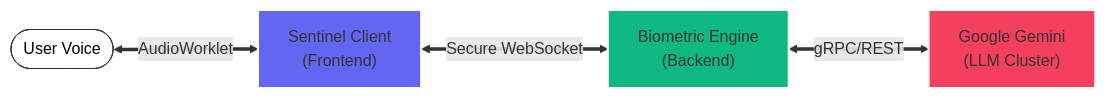
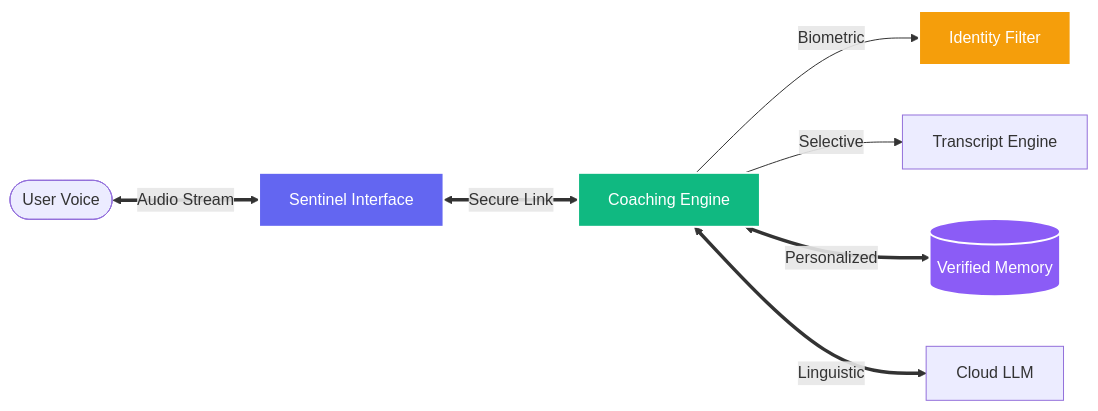
One commit to ibesuperv/VoxSentinel changed the diagram in README.md. Above: the diagram before and after it, drawn with Mermaid. The commit also changed other lines of this file and 1 other file, not shown here.

````diff
--- a/README.md
+++ b/README.md
@@ -62,11 +80,14 @@
 ```mermaid
 graph LR
-    User([User Voice]) <==>|AudioWorklet| UI["Sentinel Client<br>(Frontend)"]
-    UI <==>|Secure WebSocket| API["Biometric Engine<br>(Backend)"]
-    API <==>|gRPC/REST| Cloud["Google Gemini<br>(LLM Cluster)"]
-
-    style UI fill:#6366f1,stroke:#fff,stroke-width:2px
-    style API fill:#10b981,stroke:#fff,stroke-width:2px
-    style Cloud fill:#f43f5e,stroke:#fff,stroke-width:2px
-    style User fill:#fff,stroke:#333,color:#000
+    User([User Voice]) <==>|Audio Stream| UI[Sentinel Interface]
+    UI <==>|Secure Link| API[Coaching Engine]
+    API -->|Biometric| ID[Identity Filter]
+    API -->|Selective| STT[Transcript Engine]
+    API <==>|Personalized| MEM[(Verified Memory)]
+    API <==>|Linguistic| AI[Cloud LLM]
+    
+    style UI fill:#6366f1,stroke:#fff,stroke-width:2px,color:#fff
+    style API fill:#10b981,stroke:#fff,stroke-width:2px,color:#fff
+    style ID fill:#f59e0b,stroke:#fff,stroke-width:2px,color:#fff
+    style MEM fill:#8b5cf6,stroke:#fff,stroke-width:2px,color:#fff
 ```
````
